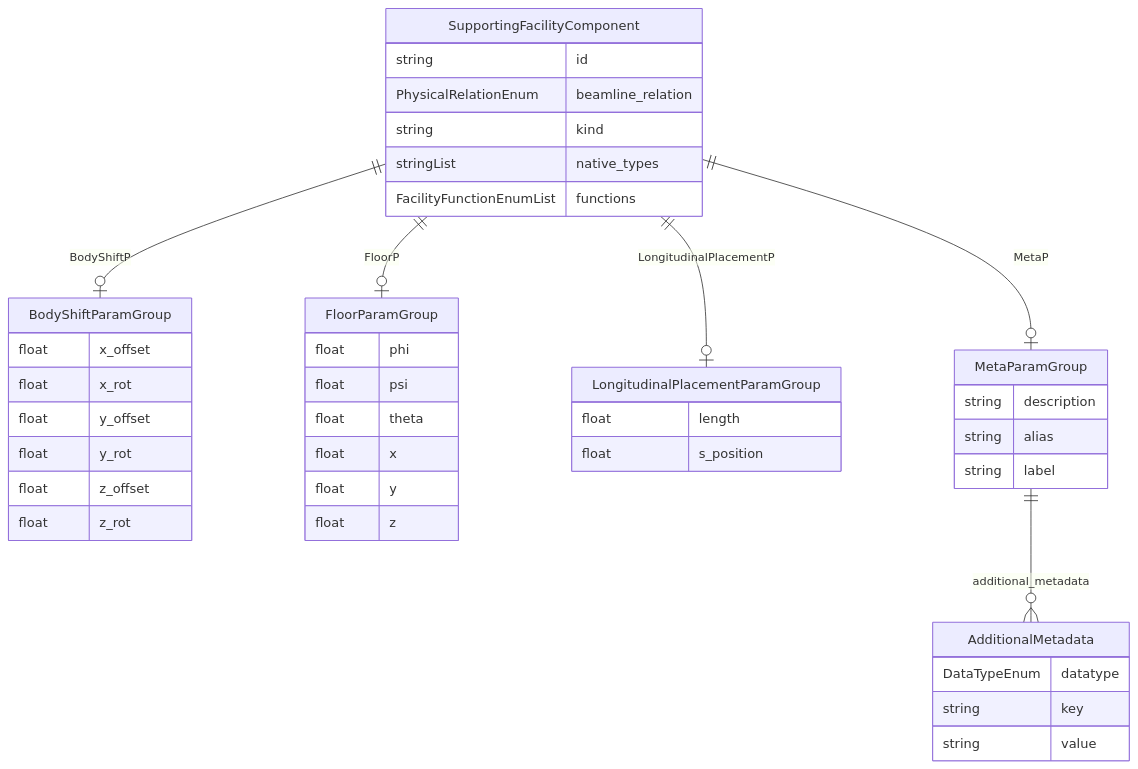
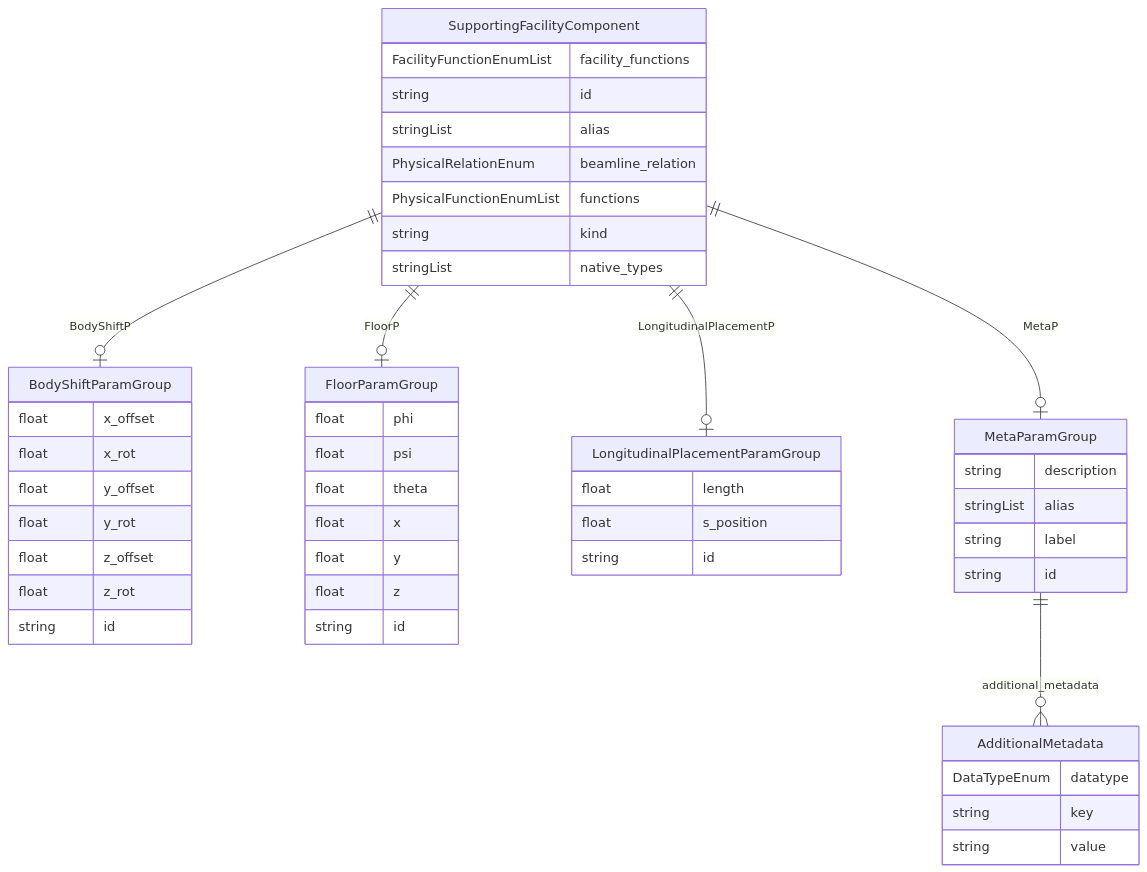
One commit to pals-project/pals-facility-config changed the diagram in docs/elements/classes/SupportingFacilityComponent.md. Above: the diagram before and after it, drawn with Mermaid. The commit also changed other lines of this file and 499 other files, not shown here.

````diff
--- a/docs/elements/classes/SupportingFacilityComponent.md
+++ b/docs/elements/classes/SupportingFacilityComponent.md
@@ -15,47 +15,53 @@
 ```mermaid
 erDiagram
 AdditionalMetadata {
     DataTypeEnum datatype  
     string key  
     string value  
 }
 BodyShiftParamGroup {
     float x_offset  
     float x_rot  
     float y_offset  
     float y_rot  
     float z_offset  
     float z_rot  
+    string id  
 }
 FloorParamGroup {
     float phi  
     float psi  
     float theta  
     float x  
     float y  
     float z  
+    string id  
 }
 LongitudinalPlacementParamGroup {
     float length  
     float s_position  
+    string id  
 }
 MetaParamGroup {
     string description  
-    string alias  
+    stringList alias  
     string label  
+    string id  
 }
 SupportingFacilityComponent {
+    FacilityFunctionEnumList facility_functions  
     string id  
+    stringList alias  
     PhysicalRelationEnum beamline_relation  
+    PhysicalFunctionEnumList functions  
     string kind  
     stringList native_types  
-    FacilityFunctionEnumList functions  
 }
 
 MetaParamGroup ||--}o AdditionalMetadata : "additional_metadata"
 SupportingFacilityComponent ||--|o BodyShiftParamGroup : "BodyShiftP"
 SupportingFacilityComponent ||--|o FloorParamGroup : "FloorP"
 SupportingFacilityComponent ||--|o LongitudinalPlacementParamGroup : "LongitudinalPlacementP"
 SupportingFacilityComponent ||--|o MetaParamGroup : "MetaP"
 
 ```
````
